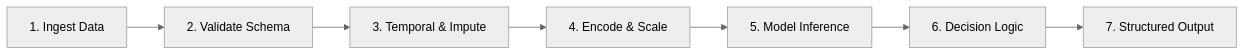
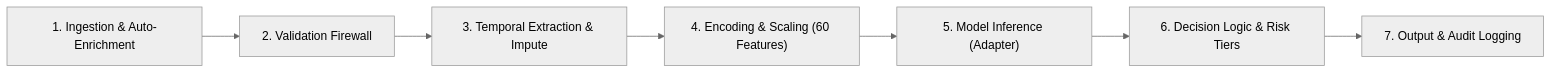
Before and after one commit to Prestigeeo/AnalystLab-Africa-ML-Track: the first of 2 diagrams in README.md, drawn with Mermaid (neutral theme). The commit also changed other lines of this file and 12 other files, not shown here.

````diff
--- a/README.md
+++ b/README.md
@@ -35,9 +34,9 @@
 ```mermaid
 flowchart LR
-    Data[1. Ingest Data] --> Val[2. Validate Schema]
-    Val --> Pre[3. Temporal & Impute]
-    Pre --> Feat[4. Encode & Scale]
-    Feat --> Model[5. Model Inference]
-    Model --> Dec[6. Decision Logic]
-    Dec --> Out[7. Structured Output]
+    A["1. Ingestion & Auto-Enrichment"] --> B["2. Validation Firewall"]
+    B --> C["3. Temporal Extraction & Impute"]
+    C --> D["4. Encoding & Scaling (60 Features)"]
+    D --> E["5. Model Inference (Adapter)"]
+    E --> F["6. Decision Logic & Risk Tiers"]
+    F --> G["7. Output & Audit Logging"]
 ```
````
